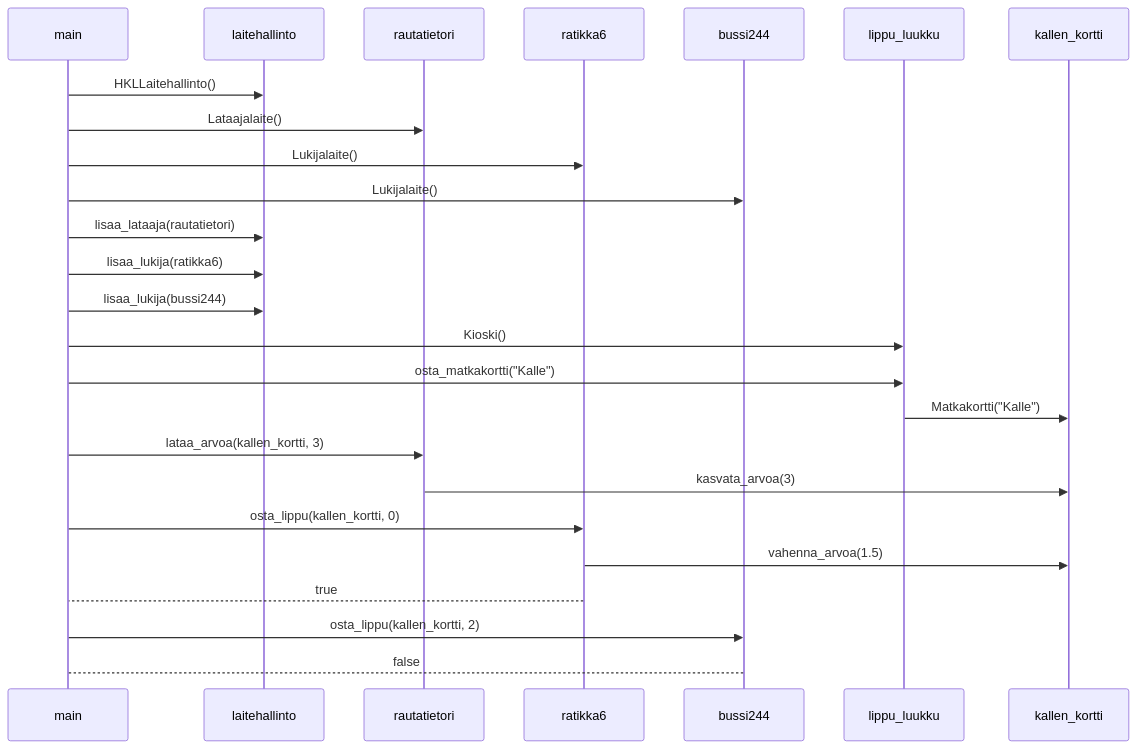
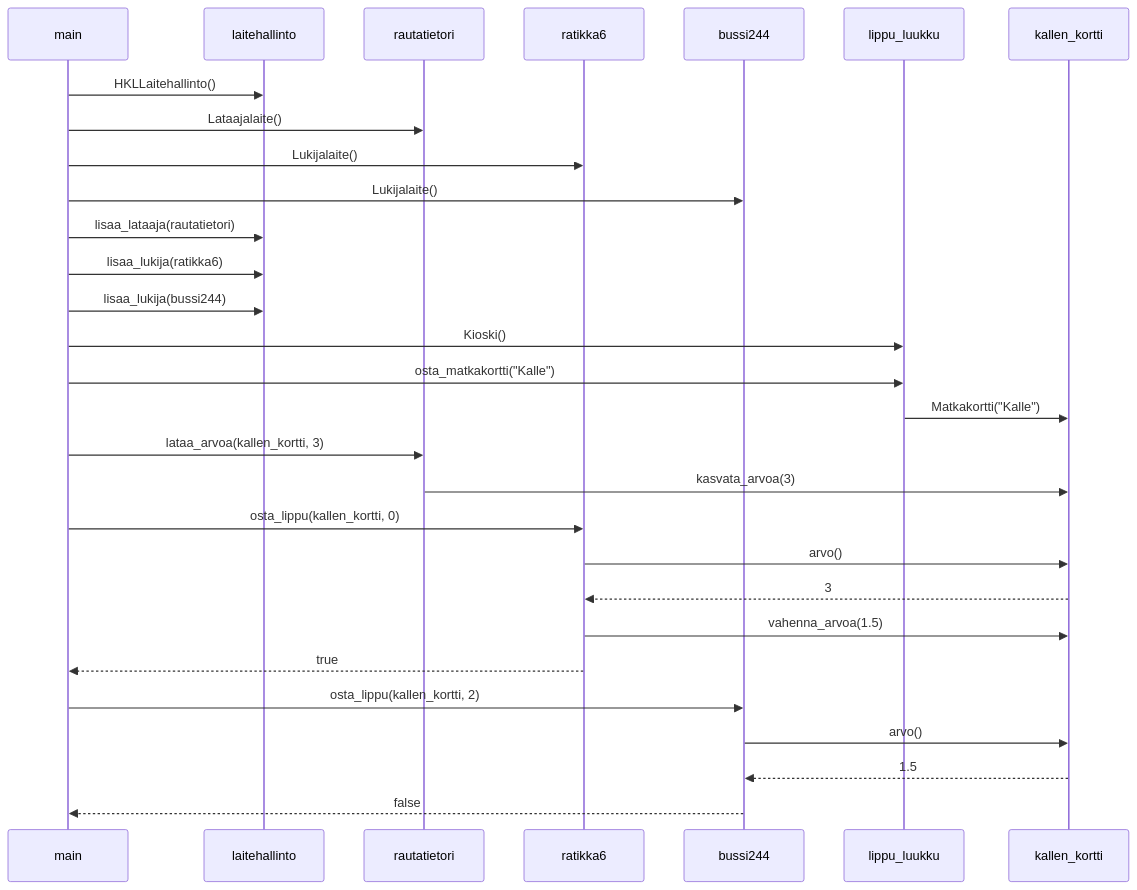
The diagram in laskarit/viikko3/laajempisekvenssikaavio.md (sannilatvala/ot-harjoitustyo), drawn with Mermaid before and after one commit. The commit also changed 13 other files, not shown here.

````diff
--- a/laskarit/viikko3/laajempisekvenssikaavio.md
+++ b/laskarit/viikko3/laajempisekvenssikaavio.md
@@ -1,27 +1,31 @@
 ```mermaid
 sequenceDiagram
 	participant main
 	participant laitehallinto
 	main ->> laitehallinto: HKLLaitehallinto()
 	participant rautatietori
 	main ->> rautatietori: Lataajalaite()
 	participant ratikka6
 	main ->> ratikka6: Lukijalaite()
 	participant bussi244
 	main ->> bussi244: Lukijalaite()
 	main ->> laitehallinto: lisaa_lataaja(rautatietori)
 	main ->> laitehallinto: lisaa_lukija(ratikka6)
 	main ->> laitehallinto: lisaa_lukija(bussi244)
 	participant lippu_luukku
 	main ->> lippu_luukku: Kioski()
 	main ->> lippu_luukku: osta_matkakortti("Kalle")
 	participant kallen_kortti 
 	lippu_luukku ->> kallen_kortti: Matkakortti("Kalle")
 	main ->> rautatietori: lataa_arvoa(kallen_kortti, 3)
 	rautatietori ->> kallen_kortti: kasvata_arvoa(3)
 	main ->> ratikka6: osta_lippu(kallen_kortti, 0)
+	ratikka6 ->> kallen_kortti: arvo()
+	kallen_kortti -->> ratikka6: 3
 	ratikka6 ->> kallen_kortti: vahenna_arvoa(1.5)
-	ratikka6 --> main: true
+	ratikka6 -->> main: true
 	main ->> bussi244: osta_lippu(kallen_kortti, 2)
-	bussi244 --> main: false
+	bussi244 ->> kallen_kortti: arvo()
+	kallen_kortti -->> bussi244: 1.5
+	bussi244 -->> main: false
 ```
````
